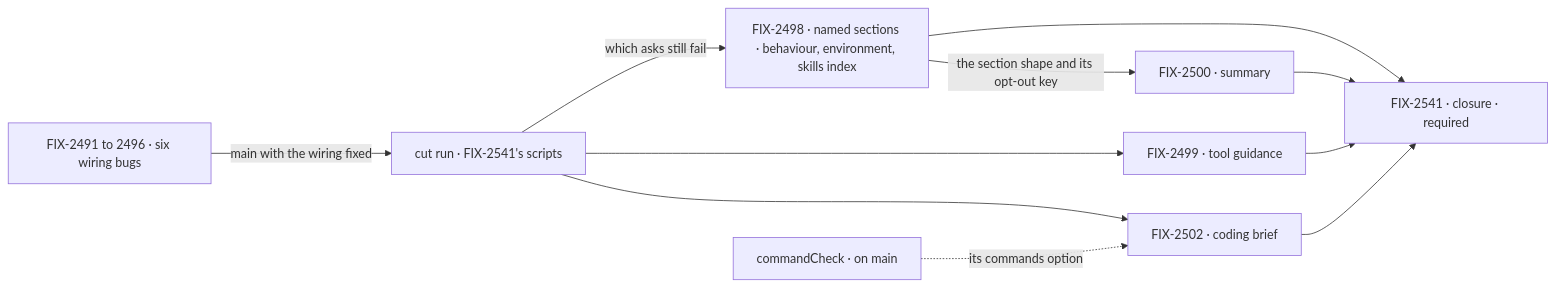
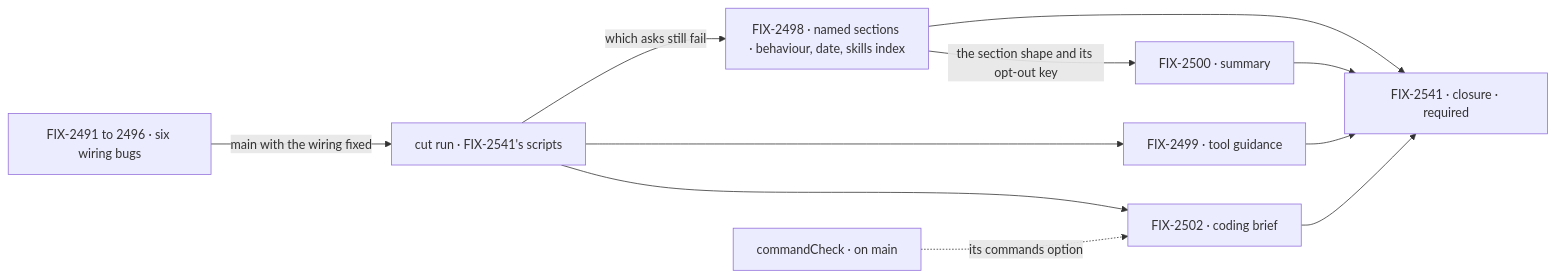
The second of 2 diagrams in specs/epics/FIX-2490/SPEC.md (fixpoint-labs/flow-state-dev), drawn with Mermaid before and after one commit. The commit also changed other lines of this file and 2 other files, not shown here.

First line of the commit message:
spec(epic): FIX-2490 follows FIX-2498's D1 and renames the date section

````diff
--- a/specs/epics/FIX-2490/SPEC.md
+++ b/specs/epics/FIX-2490/SPEC.md
@@ -110,13 +110,13 @@
 ```mermaid
 flowchart LR
   B["FIX-2491 to 2496 · six wiring bugs"] -->|"main with the wiring fixed"| CUT["cut run · FIX-2541's scripts"]
-  CUT -->|"which asks still fail"| S["FIX-2498 · named sections · behaviour, environment, skills index"]
+  CUT -->|"which asks still fail"| S["FIX-2498 · named sections · behaviour, date, skills index"]
   S -->|"the section shape and its opt-out key"| K["FIX-2500 · summary"]
   CUT --> T["FIX-2499 · tool guidance"]
   CUT --> H["FIX-2502 · coding brief"]
   X["commandCheck · on main"] -.->|"its commands option"| H
   S --> CL["FIX-2541 · closure · required"]
   K --> CL
   T --> CL
   H --> CL
 ```
````
